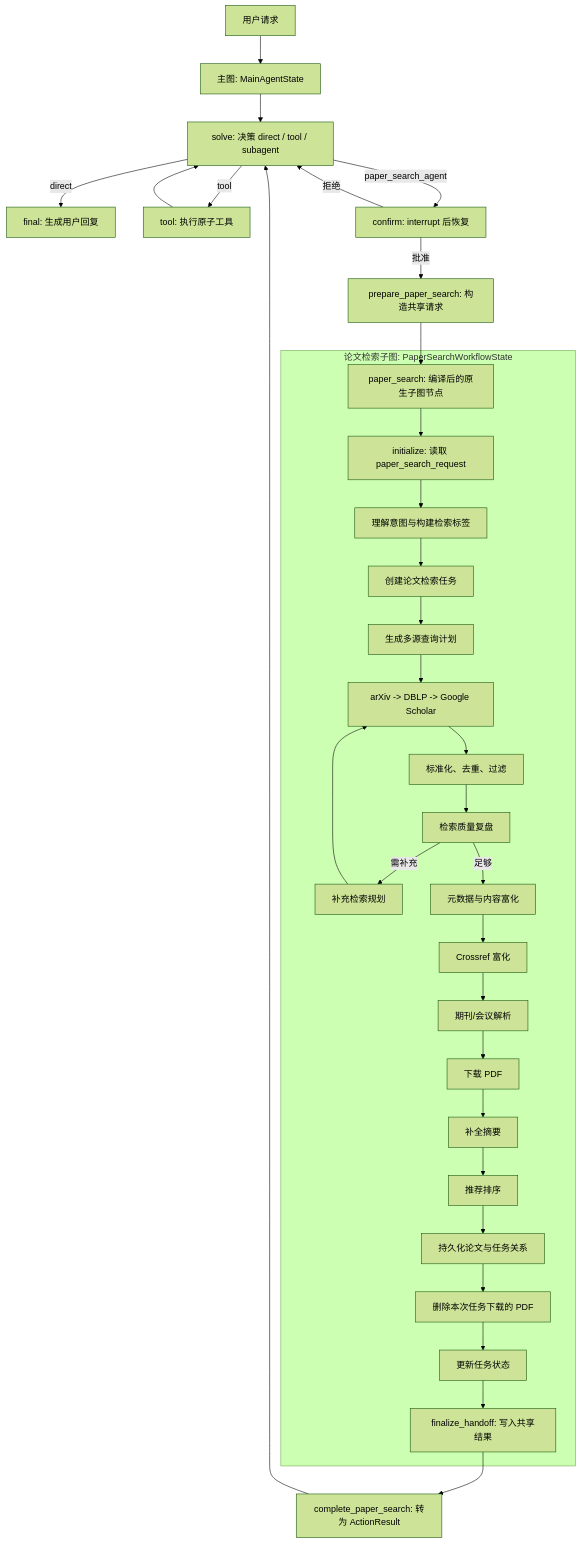
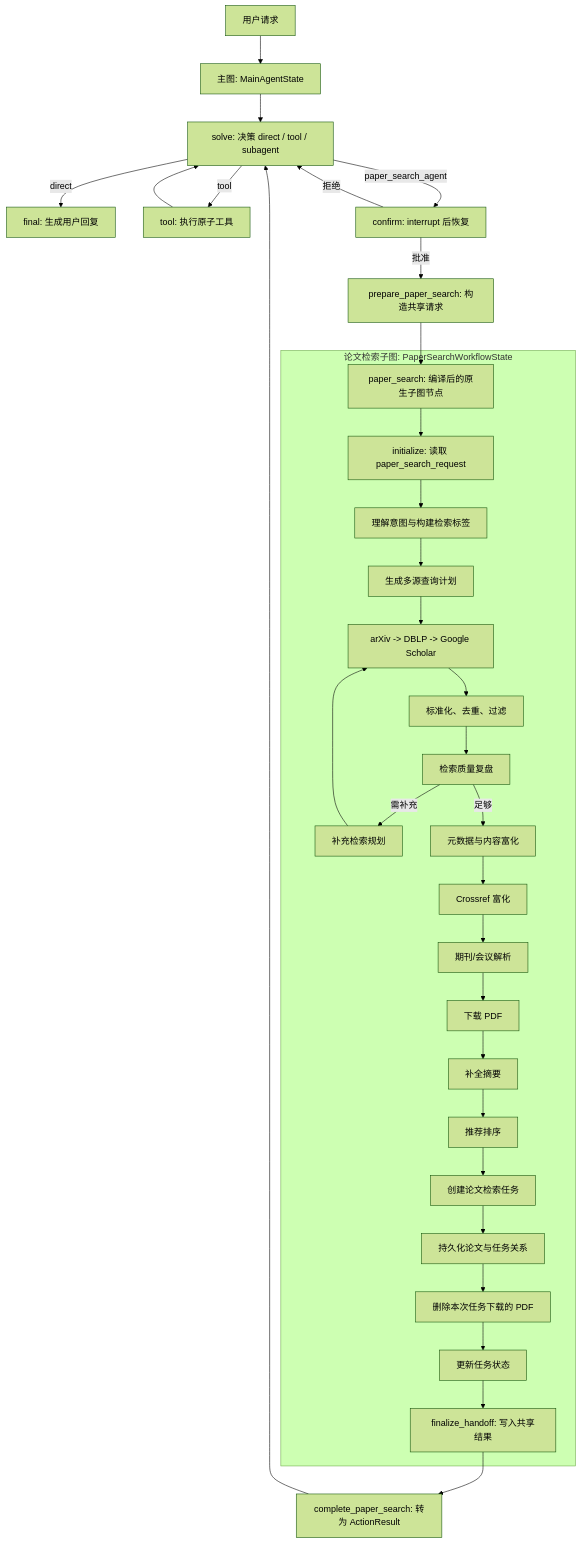
One commit to yuanlang1/paper-collector-agent changed the diagram in docs/workflow-architecture.mmd. Above: the diagram before and after it, drawn with Mermaid (forest theme). The commit also changed 34 other files, not shown here.

```diff
--- a/docs/workflow-architecture.mmd
+++ b/docs/workflow-architecture.mmd
@@ -1,36 +1,36 @@
 flowchart TD
     U["用户请求"] --> MG["主图: MainAgentState"]
     MG --> S["solve: 决策 direct / tool / subagent"]
     S -->|"direct"| FIN["final: 生成用户回复"]
     S -->|"tool"| TOOL["tool: 执行原子工具"]
     TOOL --> S
 
     S -->|"paper_search_agent"| C["confirm: interrupt 后恢复"]
     C -->|"拒绝"| S
     C -->|"批准"| PREP["prepare_paper_search: 构造共享请求"]
     PREP --> PSG["paper_search: 编译后的原生子图节点"]
 
     subgraph PAPER_SEARCH["论文检索子图: PaperSearchWorkflowState"]
         PSG --> INIT["initialize: 读取 paper_search_request"]
         INIT --> I["理解意图与构建检索标签"]
-        I --> T["创建论文检索任务"]
-        T --> Q["生成多源查询计划"]
+        I --> Q["生成多源查询计划"]
         Q --> A["arXiv -> DBLP -> Google Scholar"]
         A --> F["标准化、去重、过滤"]
         F --> RV["检索质量复盘"]
         RV -->|"需补充"| SP["补充检索规划"]
         SP --> A
         RV -->|"足够"| E["元数据与内容富化"]
         E --> CR["Crossref 富化"]
         CR --> V["期刊/会议解析"]
         V --> P["下载 PDF"]
         P --> AB["补全摘要"]
         AB --> RE["推荐排序"]
-        RE --> PE["持久化论文与任务关系"]
+        RE --> T["创建论文检索任务"]
+        T --> PE["持久化论文与任务关系"]
         PE --> CLEAN["删除本次任务下载的 PDF"]
         CLEAN --> TS["更新任务状态"]
         TS --> H["finalize_handoff: 写入共享结果"]
     end
 
     H --> COMPLETE["complete_paper_search: 转为 ActionResult"]
     COMPLETE --> S
```
